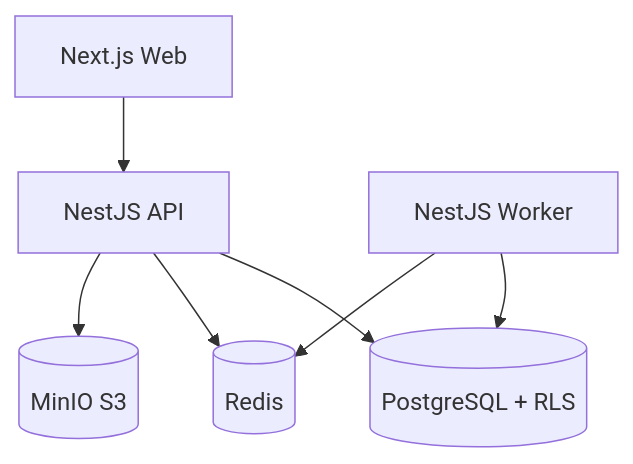
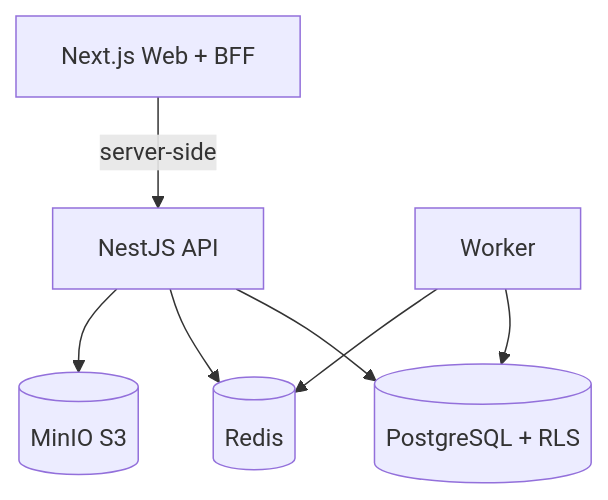
The diagram in docs/architecture/00-overview.md (michelesilva20/eduvy), drawn with Mermaid before and after one commit. The commit also changed other lines of this file and 11 other files, not shown here.

````diff
--- a/docs/architecture/00-overview.md
+++ b/docs/architecture/00-overview.md
@@ -30,15 +35,15 @@
 ```mermaid
 flowchart TB
-  Web[Next.js Web]
+  Web[Next.js Web + BFF]
   API[NestJS API]
-  Worker[NestJS Worker]
+  Worker[Worker]
   PG[(PostgreSQL + RLS)]
   Redis[(Redis)]
   MinIO[(MinIO S3)]
-  Web --> API
+  Web -->|server-side| API
   API --> PG
   API --> Redis
   Worker --> PG
   Worker --> Redis
   API --> MinIO
 ```
````
